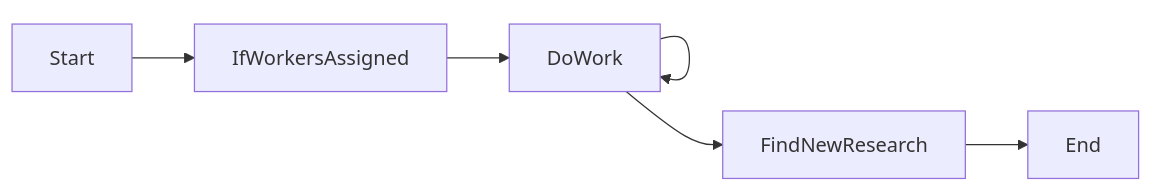
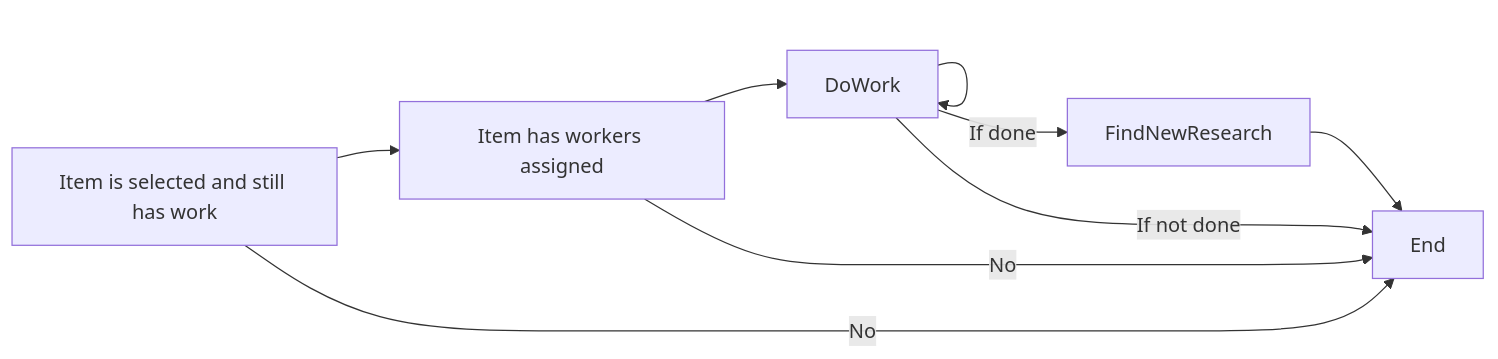
Before and after one commit to samsmithnz/ResearchTree: the first of 3 diagrams in README.md, drawn with Mermaid.

````diff
--- a/README.md
+++ b/README.md
@@ -5,13 +5,16 @@
 ```mermaid
 graph LR;
-  Start;
-  IfWorkersAssigned
+  IfItemSelected[Item is selected and still has work]
+  IfWorkersAssigned[Item has workers assigned]
   DoWork
   FindNewResearch
-  End;
-  Start-->IfWorkersAssigned;
-  IfWorkersAssigned-->DoWork;
+  End
+  IfItemSelected-->IfWorkersAssigned
+  IfItemSelected--"No"-->End
+  IfWorkersAssigned-->DoWork
+  IfWorkersAssigned--"No"-->End
   DoWork-->DoWork
-  DoWork-->FindNewResearch;
-  FindNewResearch-->End;
+  DoWork--"If done"-->FindNewResearch
+  DoWork--"If not done"-->End
+  FindNewResearch-->End
 ```
````
